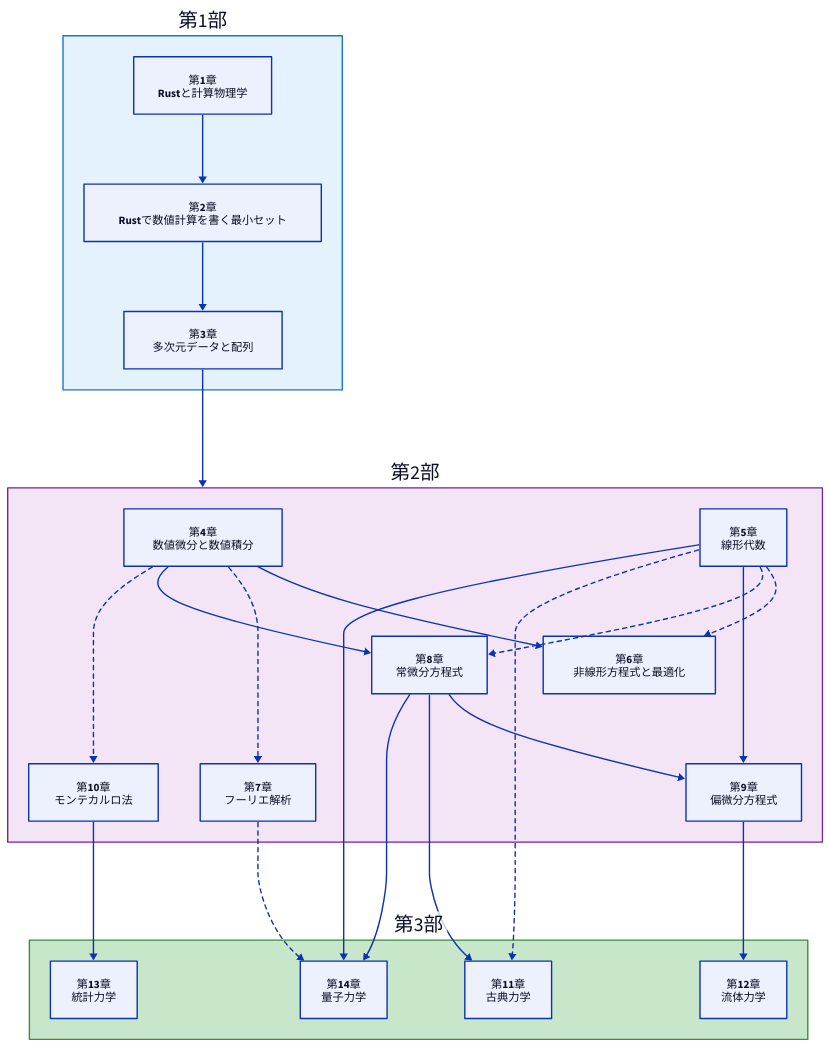
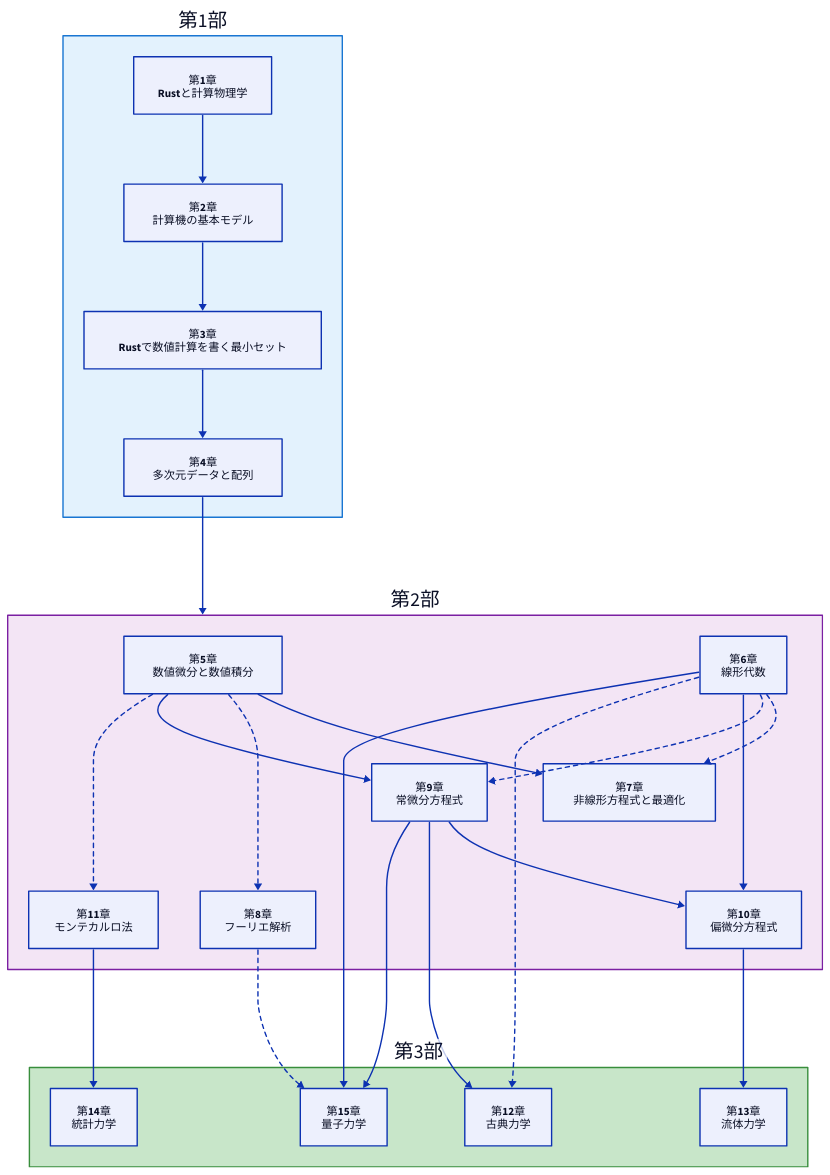
Before and after one commit to saitama-cond-mat/rust-computational-physics-tutorial: the diagram in src/README.md, drawn with D2. The commit also changed other lines of this file and 46 other files, not shown here.

```diff
--- a/src/README.md
+++ b/src/README.md
@@ -70,16 +71,22 @@
 
   ch02: {
     shape: rectangle
-    label: "第2章\nRustで数値計算を書く最小セット"
+    label: "第2章\n計算機の基本モデル"
   }
 
   ch03: {
     shape: rectangle
-    label: "第3章\n多次元データと配列"
+    label: "第3章\nRustで数値計算を書く最小セット"
+  }
+
+  ch04: {
+    shape: rectangle
+    label: "第4章\n多次元データと配列"
   }
 
   ch01 -> ch02
   ch02 -> ch03
+  ch03 -> ch04
 }
 
 # 第2部
@@ -90,37 +97,37 @@
 
   ch03: {
     shape: rectangle
-    label: "第4章\n数値微分と数値積分"
+    label: "第5章\n数値微分と数値積分"
   }
 
   ch04: {
     shape: rectangle
-    label: "第5章\n線形代数"
+    label: "第6章\n線形代数"
   }
 
   ch05: {
     shape: rectangle
-    label: "第6章\n非線形方程式と最適化"
+    label: "第7章\n非線形方程式と最適化"
   }
 
   ch06: {
     shape: rectangle
-    label: "第7章\nフーリエ解析"
+    label: "第8章\nフーリエ解析"
   }
 
   ch07: {
     shape: rectangle
-    label: "第8章\n常微分方程式"
+    label: "第9章\n常微分方程式"
   }
 
   ch08: {
     shape: rectangle
-    label: "第9章\n偏微分方程式"
+    label: "第10章\n偏微分方程式"
   }
 
   ch09: {
     shape: rectangle
-    label: "第10章\nモンテカルロ法"
+    label: "第11章\nモンテカルロ法"
   }
 
   # 第2部内の依存関係
@@ -152,27 +159,27 @@
 
   ch10: {
     shape: rectangle
-    label: "第11章\n古典力学"
+    label: "第12章\n古典力学"
   }
 
   ch11: {
     shape: rectangle
-    label: "第12章\n流体力学"
+    label: "第13章\n流体力学"
   }
 
   ch12: {
     shape: rectangle
-    label: "第13章\n統計力学"
+    label: "第14章\n統計力学"
   }
 
   ch13: {
     shape: rectangle
-    label: "第14章\n量子力学"
+    label: "第15章\n量子力学"
   }
 }
 
-# 第3章→第2部全体への依存関係
-part1.ch03 -> part2
+# 第4章→第2部全体への依存関係
+part1.ch04 -> part2
 
 # 第2部→第3部の依存関係
 part2.ch07 -> part3.ch10
```
